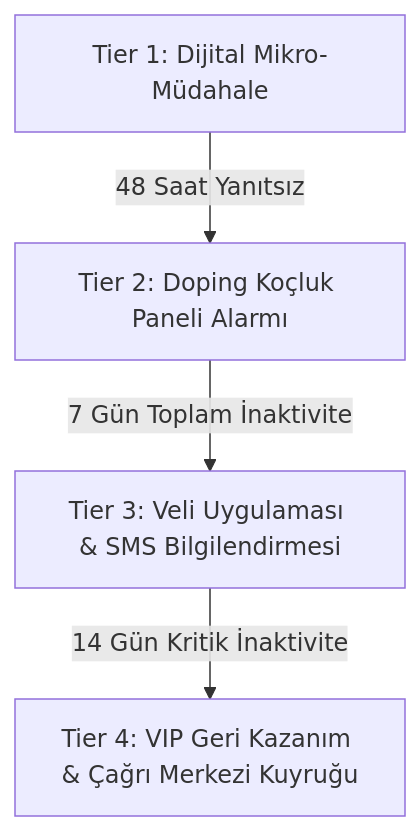
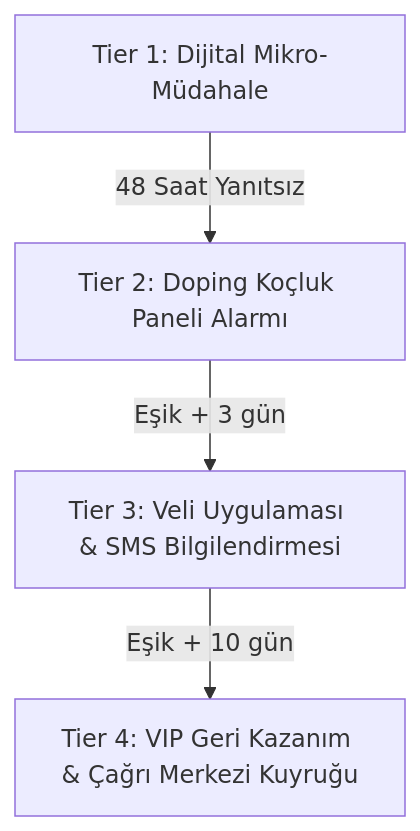
One commit to Losdreyfedus/doping-pulse changed the diagram in docs/coaching-and-guardian-escalation.md. Above: the diagram before and after it, drawn with Mermaid. The commit also changed other lines of this file and 6 other files, not shown here.

````diff
--- a/docs/coaching-and-guardian-escalation.md
+++ b/docs/coaching-and-guardian-escalation.md
@@ -28,6 +28,6 @@
 ```mermaid
 flowchart TD
     T1[Tier 1: Dijital Mikro-Müdahale] -->|48 Saat Yanıtsız| T2[Tier 2: Doping Koçluk Paneli Alarmı]
-    T2 -->|7 Gün Toplam İnaktivite| T3[Tier 3: Veli Uygulaması & SMS Bilgilendirmesi]
-    T3 -->|14 Gün Kritik İnaktivite| T4[Tier 4: VIP Geri Kazanım & Çağrı Merkezi Kuyruğu]
+    T2 -->|Eşik + 3 gün| T3[Tier 3: Veli Uygulaması & SMS Bilgilendirmesi]
+    T3 -->|Eşik + 10 gün| T4[Tier 4: VIP Geri Kazanım & Çağrı Merkezi Kuyruğu]
 ```
````
